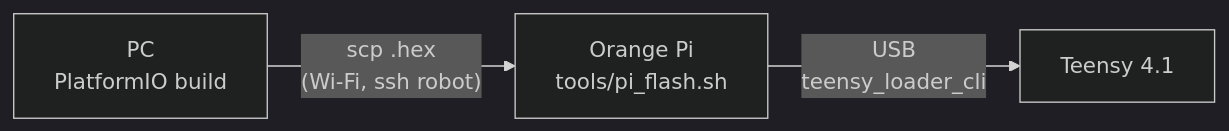
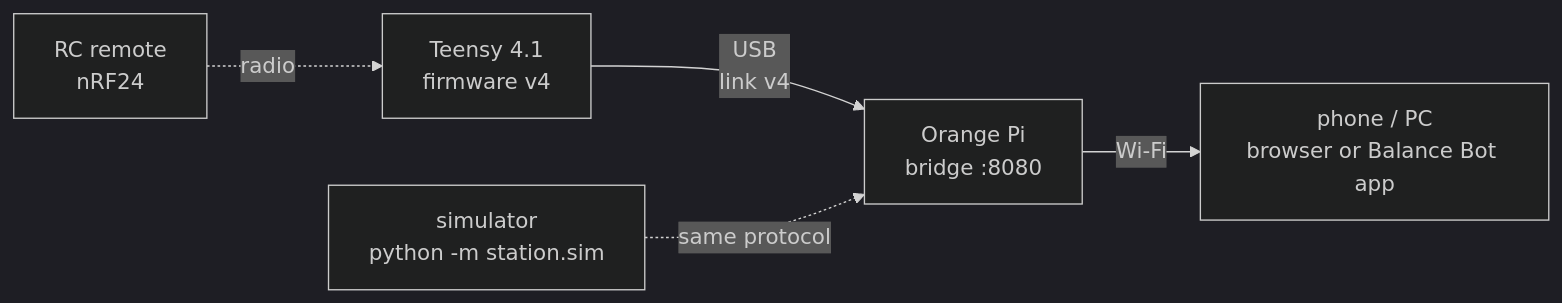
Before and after one commit to nespotts/self_balancing_robot_3: the diagram in README.md, drawn with Mermaid (dark theme). The commit also changed other lines of this file and 12 other files, not shown here.

First line of the commit message:
Visual docs: short README with diagram + quick start, firmware.md split into safety/modes/params/range-nav/motors/internals, station README as a screenshot tour, API moved to docs/api.md

````diff
--- a/README.md
+++ b/README.md
@@ -7,5 +7,7 @@
 ```mermaid
 flowchart LR
-  PC["PC<br/>PlatformIO build"] -- "scp .hex<br/>(Wi-Fi, ssh robot)" --> PI["Orange Pi<br/>tools/pi_flash.sh"]
-  PI -- "USB<br/>teensy_loader_cli" --> T["Teensy 4.1"]
+  T["Teensy 4.1<br>firmware v4"] -- "USB<br>link v4" --> P["Orange Pi<br>bridge :8080"]
+  P -- "Wi-Fi" --> W["phone / PC<br>browser or Balance Bot app"]
+  R["RC remote<br>nRF24"] -. "radio" .-> T
+  S["simulator<br>python -m station.sim"] -. "same protocol" .-> P
 ```
````
